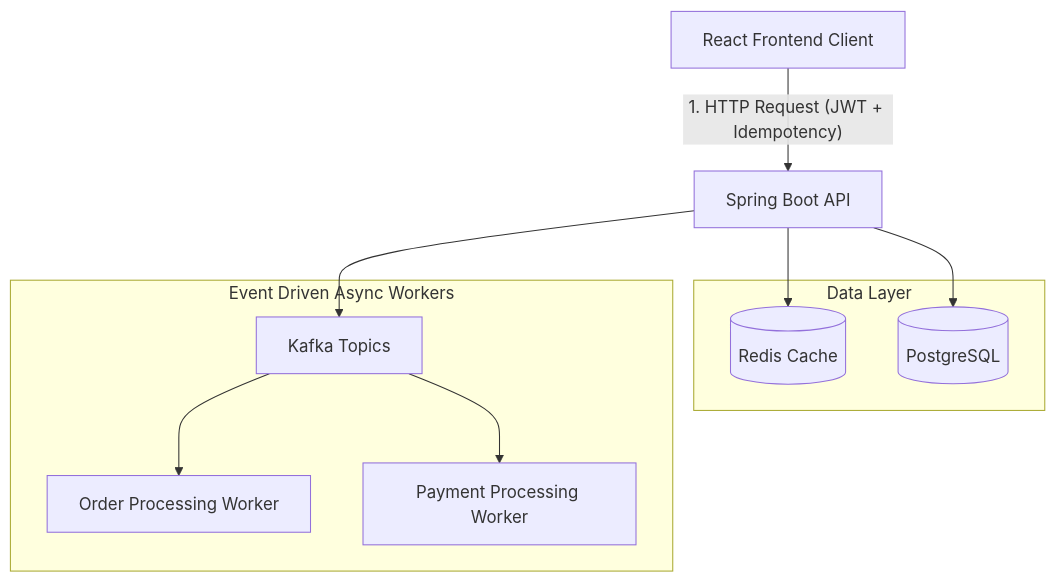
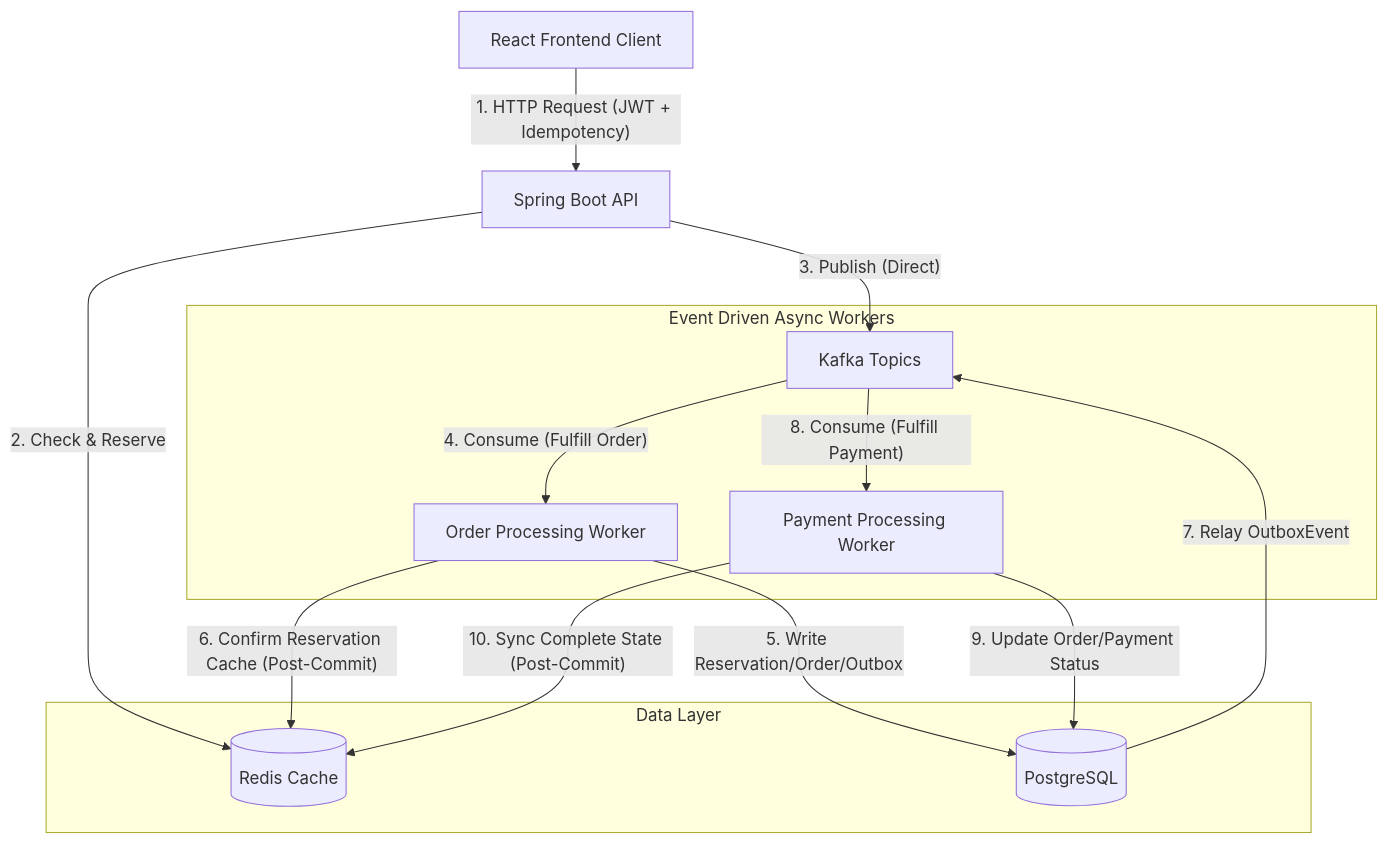
The diagram in docs/ARCHITECTURE.md (KrushnaHarde/flashflow), drawn with Mermaid before and after one commit. The commit also changed other lines of this file and 5 other files, not shown here.

Commit message:
docs: update architecture documentation and add Redis/Kafka technical report

````diff
--- a/docs/ARCHITECTURE.md
+++ b/docs/ARCHITECTURE.md
@@ -15,17 +15,23 @@
 ```mermaid
 graph TD
     Client[React Frontend Client] -- "1. HTTP Request (JWT + Idempotency)" --> API[Spring Boot API]
-    API --> Redis[(Redis Cache)]
-    API --> DB[(PostgreSQL)]
-    API --> Kafka[Kafka Topics]
+    API -- "2. Check & Reserve" --> Redis[(Redis Cache)]
+    API -- "3. Publish (Direct)" --> Kafka[Kafka Topics]
     
     subgraph Data Layer
         Redis
-        DB
+        DB[(PostgreSQL)]
     end
     
     subgraph Event Driven Async Workers
-        Kafka --> OrderProcessor[Order Processing Worker]
-        Kafka --> PaymentProcessor[Payment Processing Worker]
+        Kafka -- "4. Consume (Fulfill Order)" --> OrderProcessor[Order Processing Worker]
+        OrderProcessor -- "5. Write Reservation/Order/Outbox" --> DB
+        OrderProcessor -- "6. Confirm Reservation Cache (Post-Commit)" --> Redis
+        
+        DB -- "7. Relay OutboxEvent" --> Kafka
+        
+        Kafka -- "8. Consume (Fulfill Payment)" --> PaymentProcessor[Payment Processing Worker]
+        PaymentProcessor -- "9. Update Order/Payment Status" --> DB
+        PaymentProcessor -- "10. Sync Complete State (Post-Commit)" --> Redis
     end
 ```
````
